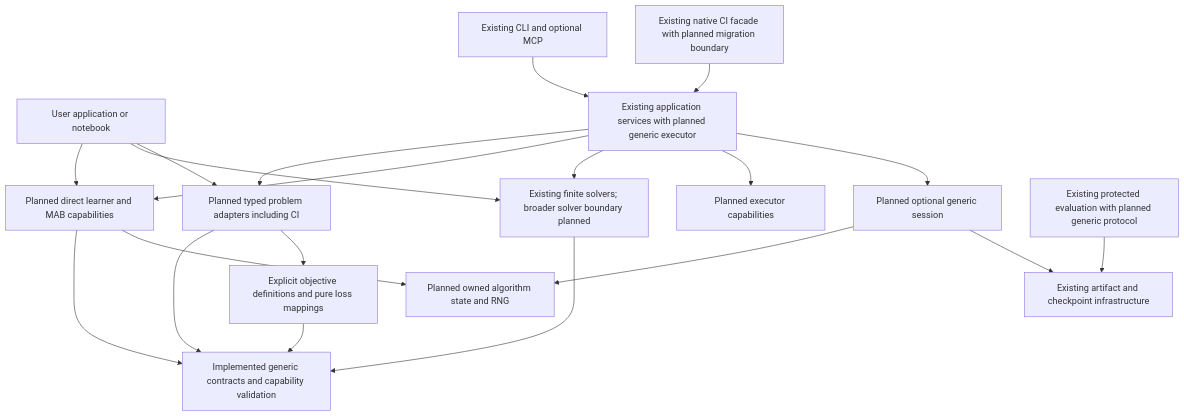
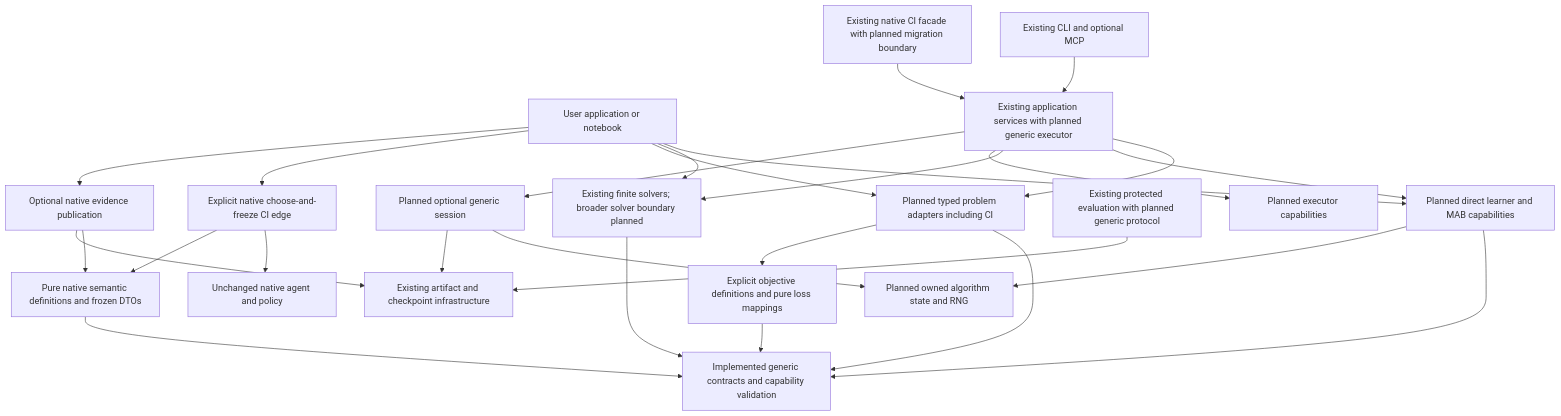
One commit to jacksonpradolima/coleman changed the first of 5 diagrams in docs/v5-architecture.md. Above: the diagram before and after it, drawn with Mermaid. The commit also changed other lines of this file and 46 other files, not shown here.

````diff
--- a/docs/v5-architecture.md
+++ b/docs/v5-architecture.md
@@ -84,22 +87,29 @@
 ```mermaid
 flowchart TD
     Host[User application or notebook] --> DirectLearner[Planned direct learner and MAB capabilities]
     Host --> DirectSolver[Existing finite solvers; broader solver boundary planned]
     Host --> Problem[Planned typed problem adapters including CI]
     Problem --> Contracts[Implemented generic contracts and capability validation]
     Problem --> Objectives[Explicit objective definitions and pure loss mappings]
     Objectives --> Contracts
     DirectLearner --> Contracts
     DirectSolver --> Contracts
     DirectLearner --> State[Planned owned algorithm state and RNG]
     Service[Existing application services with planned generic executor] --> Problem
     Service --> DirectLearner
     Service --> DirectSolver
     Service --> Execution[Planned executor capabilities]
     Service --> Session[Planned optional generic session]
     Session --> State
     Session --> Storage[Existing artifact and checkpoint infrastructure]
     Evidence[Existing protected evaluation with planned generic protocol] --> Storage
     Transport[Existing CLI and optional MCP] --> Service
     Legacy[Existing native CI facade with planned migration boundary] --> Service
+    Host --> NativeCapture[Explicit native choose-and-freeze CI edge]
+    NativeCapture --> NativeRuntime[Unchanged native agent and policy]
+    NativeCapture --> NativeDefinitions[Pure native semantic definitions and frozen DTOs]
+    NativeDefinitions --> Contracts
+    Host --> NativePublication[Optional native evidence publication]
+    NativePublication --> NativeDefinitions
+    NativePublication --> Storage
 ```
````
